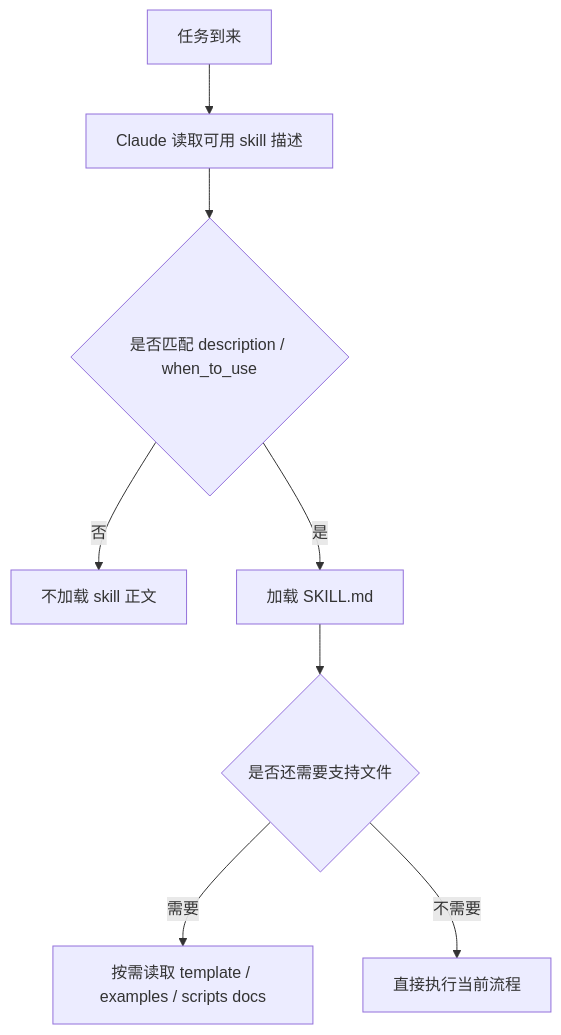
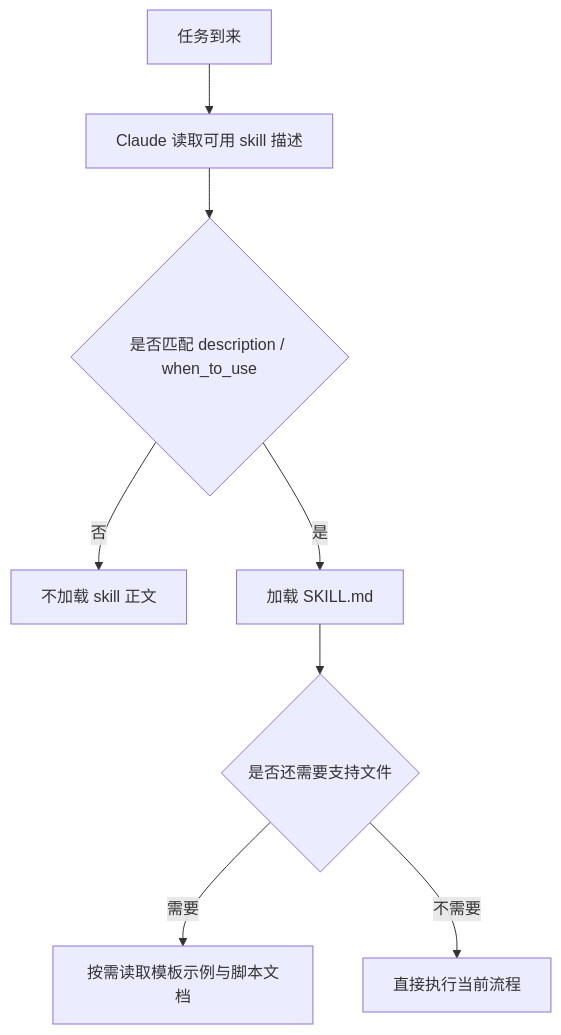
The first of 2 diagrams in docs/05-tools-frameworks/agent-skills.md (xiaoqianbaobao/ai-guide), drawn with Mermaid before and after one commit. The commit also changed other lines of this file and 14 other files, not shown here.

Commit message:
修复前端mermaid语法错误问题

````diff
--- a/docs/05-tools-frameworks/agent-skills.md
+++ b/docs/05-tools-frameworks/agent-skills.md
@@ -154,10 +154,10 @@
 ```mermaid
 flowchart TD
     A[任务到来] --> B[Claude 读取可用 skill 描述]
     B --> C{是否匹配 description / when_to_use}
     C -->|否| D[不加载 skill 正文]
     C -->|是| E[加载 SKILL.md]
     E --> F{是否还需要支持文件}
-    F -->|需要| G[按需读取 template / examples / scripts docs]
+    F -->|需要| G[按需读取模板示例与脚本文档]
     F -->|不需要| H[直接执行当前流程]
 ```
````
